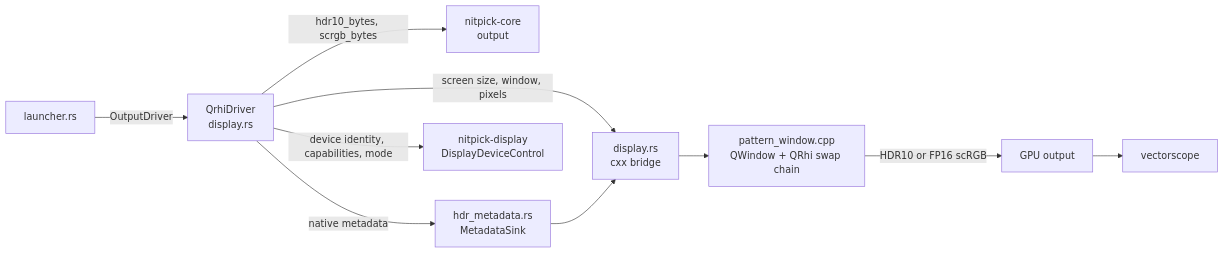
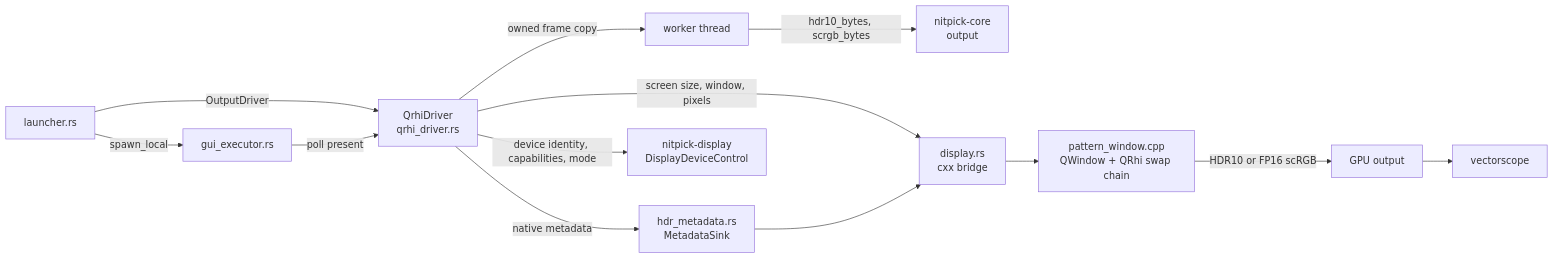
Before and after one commit to Jamesits/nitpick: the diagram in doc/design/output_driver/qt.md, drawn with Mermaid. The commit also changed other lines of this file and 15 other files, not shown here.

First line of the commit message:
feat(app): implement asynchronous QrhiDriver

````diff
--- a/doc/design/output_driver/qt.md
+++ b/doc/design/output_driver/qt.md
@@ -7,10 +7,13 @@
 ```mermaid
 graph LR
-    L[launcher.rs] -->|OutputDriver| Q[QrhiDriver<br/>display.rs]
-    Q -->|hdr10_bytes, scrgb_bytes| O[nitpick-core<br/>output]
+    L[launcher.rs] -->|OutputDriver| Q[QrhiDriver<br/>qrhi_driver.rs]
+    L -->|spawn_local| E[gui_executor.rs] -->|poll present| Q
+    Q -->|owned frame copy| J[worker thread]
+    J -->|hdr10_bytes, scrgb_bytes| O
+    O[nitpick-core<br/>output]
     Q -->|screen size, window, pixels| D[display.rs<br/>cxx bridge]
     Q -->|native metadata| M[hdr_metadata.rs<br/>MetadataSink] --> D
     Q -->|device identity, capabilities, mode| N[nitpick-display<br/>DisplayDeviceControl]
     D --> W[pattern_window.cpp<br/>QWindow + QRhi swap chain]
     W -->|HDR10 or FP16 scRGB| GPU[GPU output] --> Scope[vectorscope]
 ```
````
